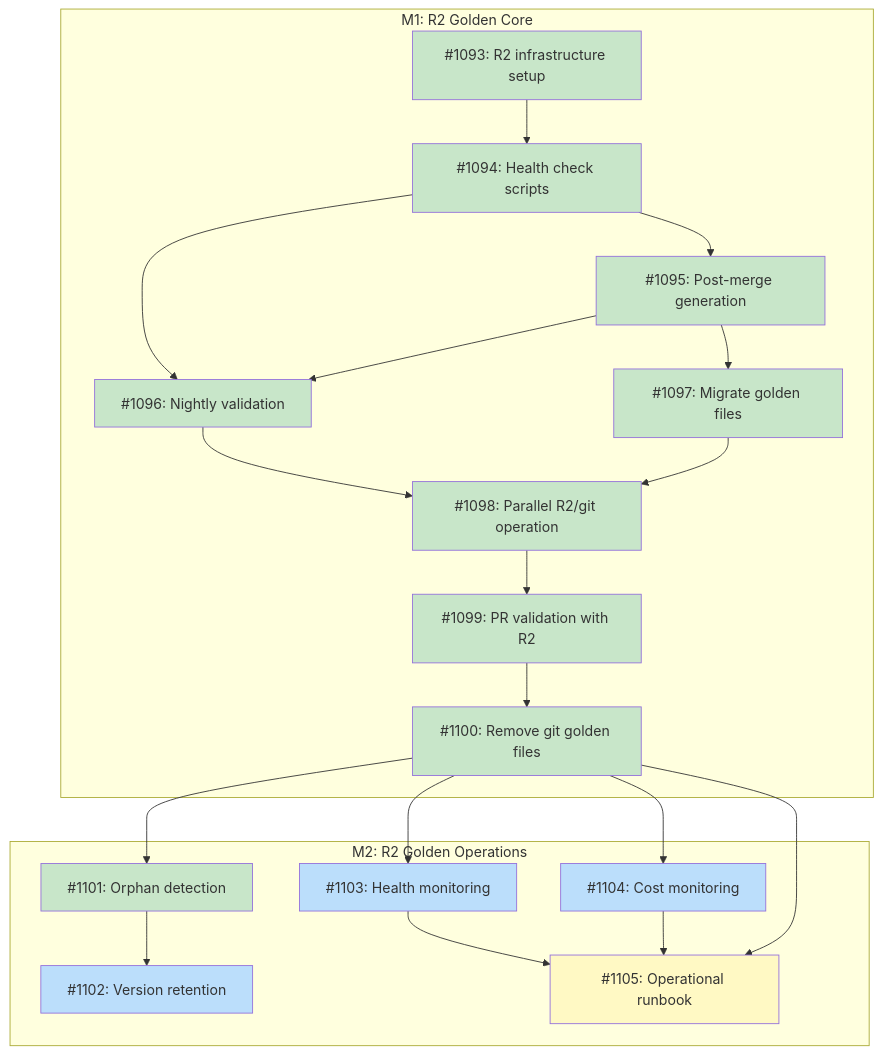
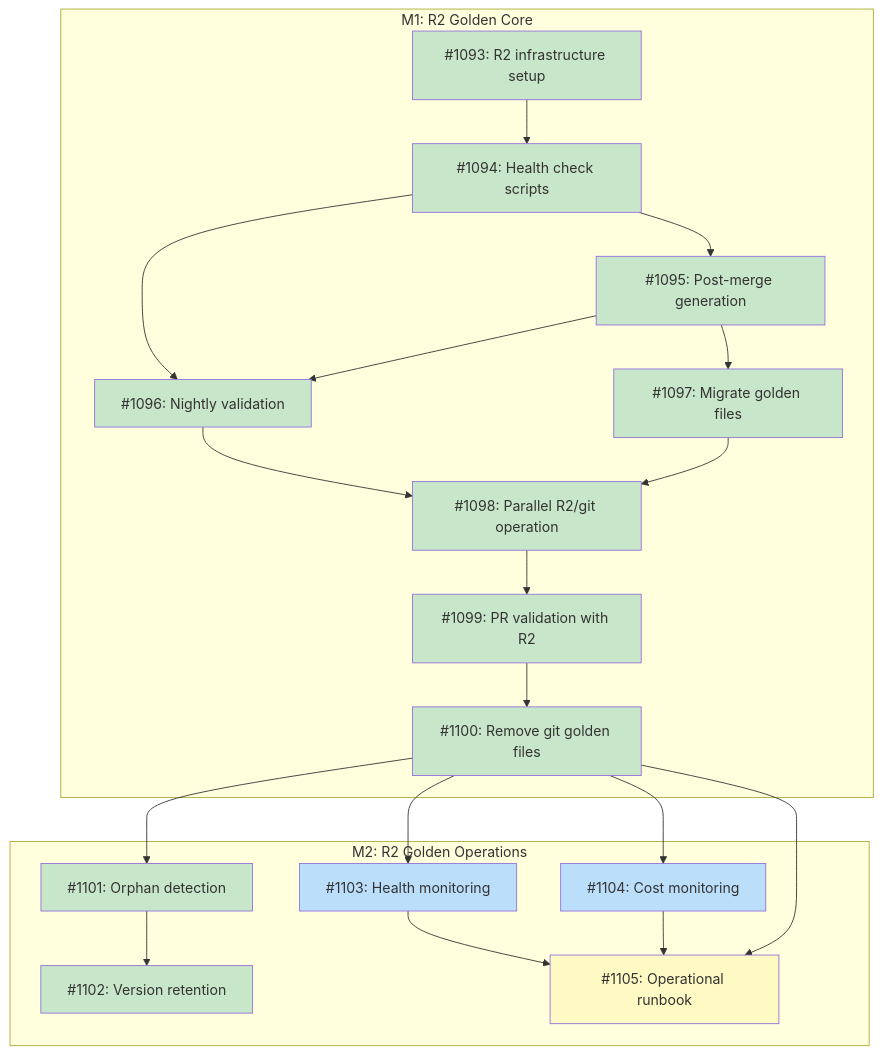
The diagram in docs/designs/DESIGN-r2-golden-storage.md (tsukumogami/tsuku), drawn with Mermaid before and after one commit. The commit also changed 3 other files, not shown here.

````diff
--- a/docs/designs/DESIGN-r2-golden-storage.md
+++ b/docs/designs/DESIGN-r2-golden-storage.md
@@ -41,47 +41,47 @@
 ```mermaid
 graph TD
     subgraph M1["M1: R2 Golden Core"]
         I1093["#1093: R2 infrastructure setup"]
         I1094["#1094: Health check scripts"]
         I1095["#1095: Post-merge generation"]
         I1096["#1096: Nightly validation"]
         I1097["#1097: Migrate golden files"]
         I1098["#1098: Parallel R2/git operation"]
         I1099["#1099: PR validation with R2"]
         I1100["#1100: Remove git golden files"]
     end
 
     subgraph M2["M2: R2 Golden Operations"]
         I1101["#1101: Orphan detection"]
         I1102["#1102: Version retention"]
         I1103["#1103: Health monitoring"]
         I1104["#1104: Cost monitoring"]
         I1105["#1105: Operational runbook"]
     end
 
     I1093 --> I1094
     I1094 --> I1095
     I1094 --> I1096
     I1095 --> I1096
     I1095 --> I1097
     I1096 --> I1098
     I1097 --> I1098
     I1098 --> I1099
     I1099 --> I1100
     I1100 --> I1101
     I1101 --> I1102
     I1100 --> I1103
     I1100 --> I1104
     I1103 --> I1105
     I1104 --> I1105
     I1100 --> I1105
 
     classDef done fill:#c8e6c9
     classDef ready fill:#bbdefb
     classDef blocked fill:#fff9c4
     classDef needsDesign fill:#e1bee7
 
-    class I1093,I1094,I1095,I1096,I1097,I1098,I1099,I1100,I1101 done
-    class I1102,I1103,I1104 ready
+    class I1093,I1094,I1095,I1096,I1097,I1098,I1099,I1100,I1101,I1102 done
+    class I1103,I1104 ready
     class I1105 blocked
 ```
````
